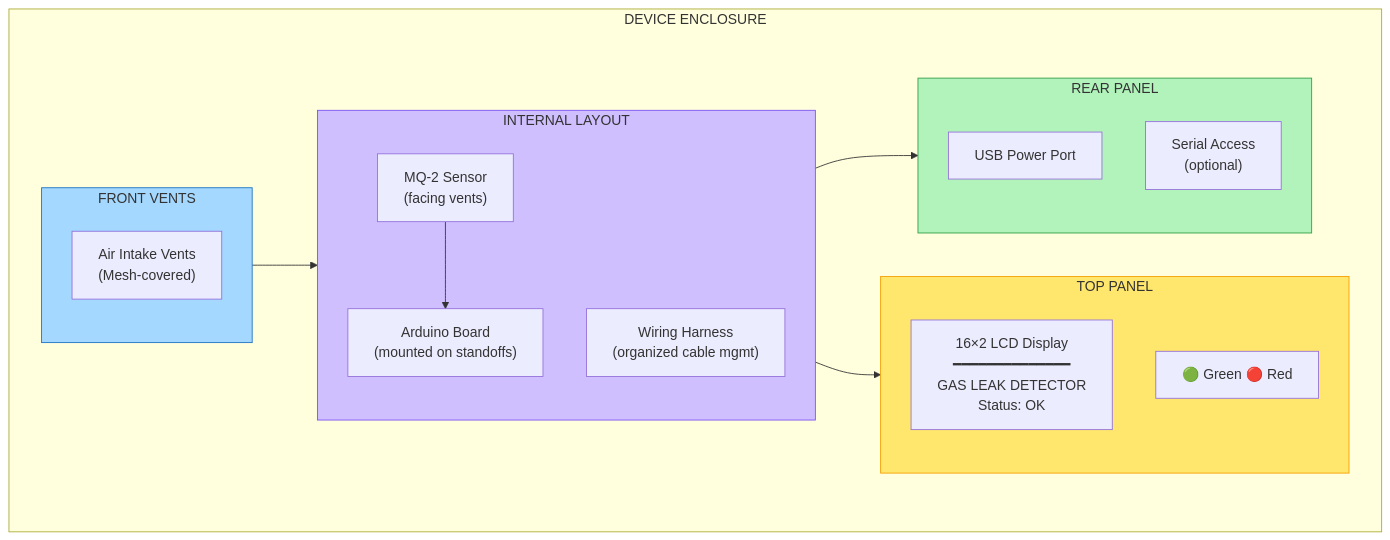
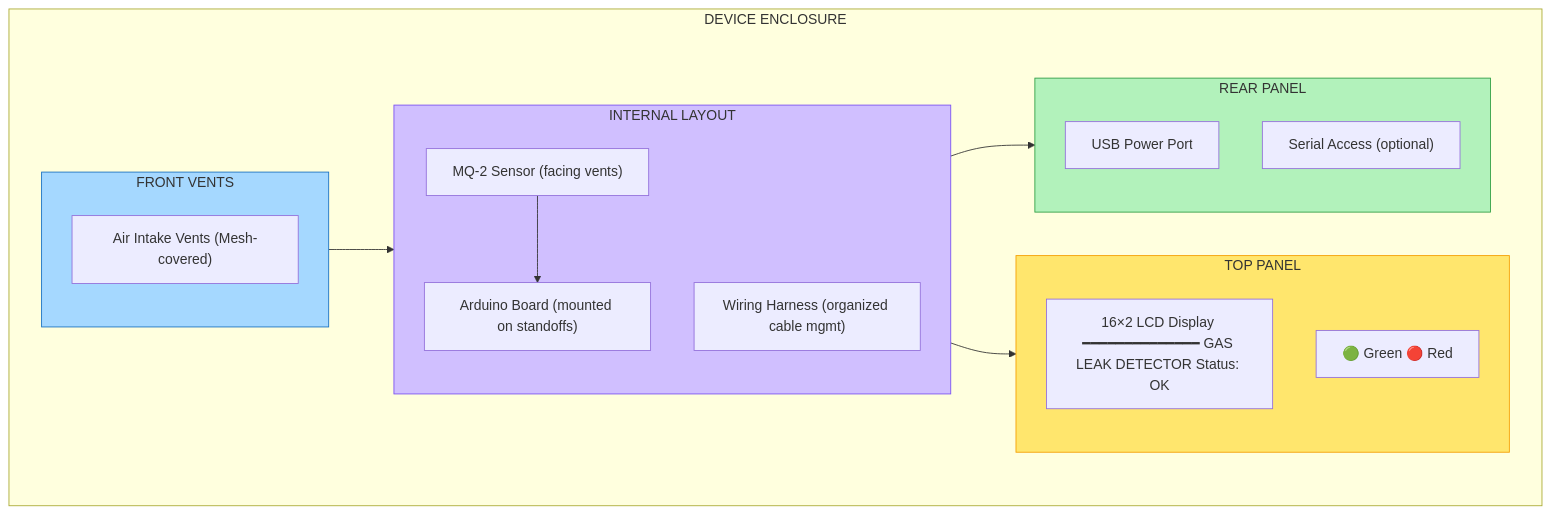
Before and after one commit to kelvinmwega/gas-leak-detection: diagram 13 of 14 in BLOCK-DIAGRAM.md, drawn with Mermaid. The commit also changed other lines of this file, not shown here.

Commit message:
block diagrams updated

````diff
--- a/BLOCK-DIAGRAM.md
+++ b/BLOCK-DIAGRAM.md
@@ -544,37 +544,37 @@
 ```mermaid
 graph TB
   subgraph Enclosure["DEVICE ENCLOSURE"]
     direction LR
 
     subgraph Top["TOP PANEL"]
-      LCD_Display["16×2 LCD Display\n━━━━━━━━━━━━━━\nGAS LEAK DETECTOR\nStatus: OK"]
+      LCD_Display["16×2 LCD Display ━━━━━━━━━━━━━━ GAS LEAK DETECTOR Status: OK"]
       LED_Array["🟢 Green  🔴 Red"]
     end
 
     subgraph Front["FRONT VENTS"]
-      Vents["Air Intake Vents\n(Mesh-covered)"]
+      Vents["Air Intake Vents (Mesh-covered)"]
     end
 
     subgraph Internal["INTERNAL LAYOUT"]
       direction TB
-      Arduino_Mount["Arduino Board\n(mounted on standoffs)"]
-      Sensor_Mount["MQ-2 Sensor\n(facing vents)"]
-      Wiring["Wiring Harness\n(organized cable mgmt)"]
+      Arduino_Mount["Arduino Board (mounted on standoffs)"]
+      Sensor_Mount["MQ-2 Sensor (facing vents)"]
+      Wiring["Wiring Harness (organized cable mgmt)"]
     end
 
     subgraph Rear["REAR PANEL"]
       USB_Port["USB Power Port"]
-      Serial_Access["Serial Access\n(optional)"]
+      Serial_Access["Serial Access (optional)"]
     end
   end
 
   Front --> Sensor_Mount
   Sensor_Mount --> Arduino_Mount
   Arduino_Mount --> Top
   Arduino_Mount --> Rear
 
   style Top fill:#ffe66d,stroke:#f59f00
   style Front fill:#a5d8ff,stroke:#1971c2
   style Internal fill:#d0bfff,stroke:#7950f2
   style Rear fill:#b2f2bb,stroke:#2f9e44
 ```
````
